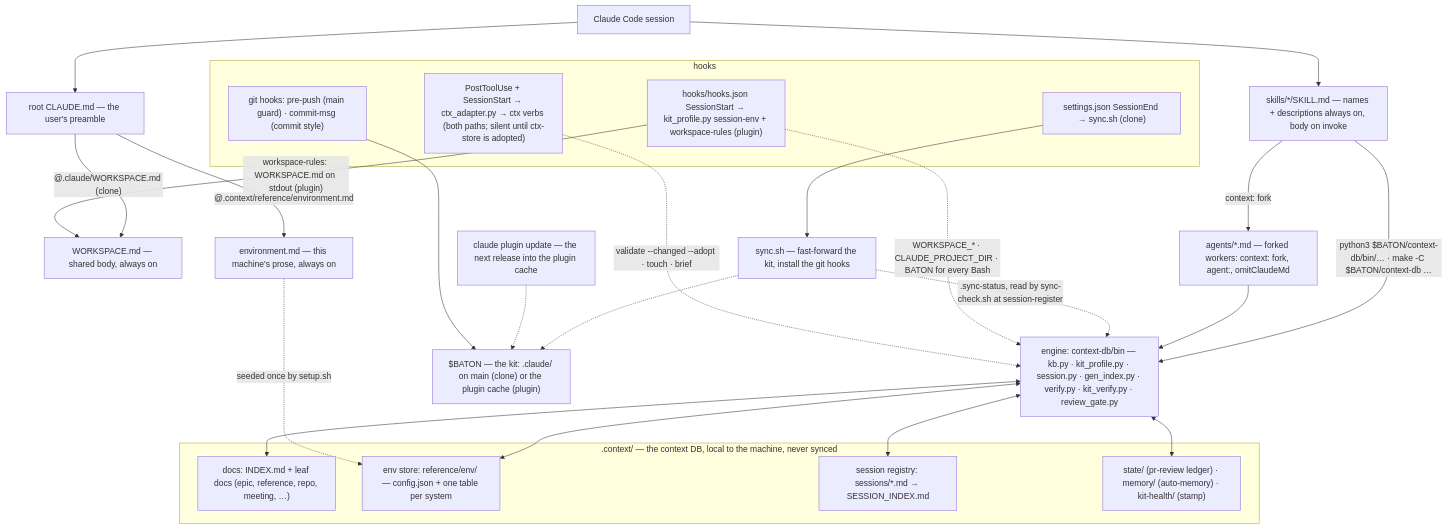
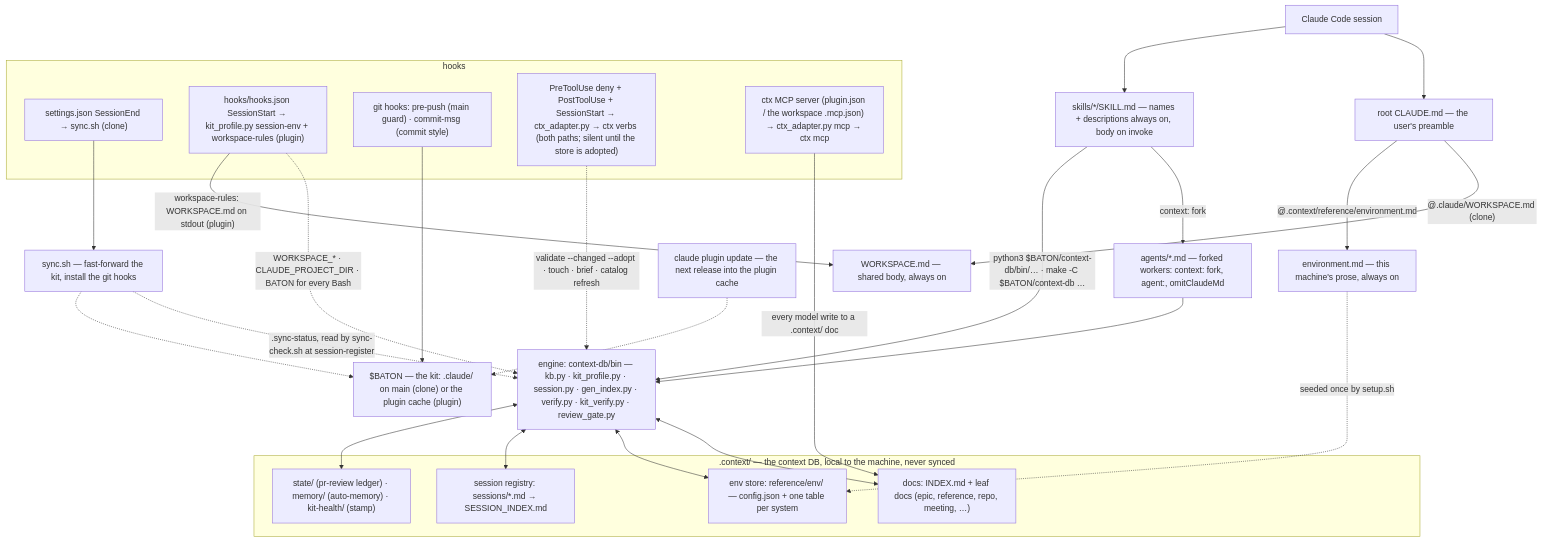
One commit to MdaaaaO/ai-baton changed the diagram in docs/architecture.md. Above: the diagram before and after it, drawn with Mermaid. The commit also changed other lines of this file and 40 other files, not shown here.

````diff
--- a/docs/architecture.md
+++ b/docs/architecture.md
@@ -7,45 +7,47 @@
 ```mermaid
 flowchart TB
   S["Claude Code session"]
   C["root CLAUDE.md — the user's preamble"]
   W["WORKSPACE.md — shared body, always on"]
   E["environment.md — this machine's prose, always on"]
   SK["skills/*/SKILL.md — names + descriptions always on, body on invoke"]
   AG["agents/*.md — forked workers: context: fork, agent:, omitClaudeMd"]
   EN["engine: context-db/bin — kb.py · kit_profile.py · session.py · gen_index.py · verify.py · kit_verify.py · review_gate.py"]
 
   S --> C
   C -->|"@.claude/WORKSPACE.md (clone)"| W
   C -->|"@.context/reference/environment.md"| E
   S --> SK
   SK -->|"context: fork"| AG
   SK -->|"python3 $BATON/context-db/bin/… · make -C $BATON/context-db …"| EN
   AG --> EN
 
   subgraph DB[".context/ — the context DB, local to the machine, never synced"]
     D1["docs: INDEX.md + leaf docs (epic, reference, repo, meeting, …)"]
     D2["env store: reference/env/ — config.json + one table per system"]
     D3["session registry: sessions/*.md → SESSION_INDEX.md"]
     D4["state/ (pr-review ledger) · memory/ (auto-memory) · kit-health/ (stamp)"]
   end
   EN <--> D1
   EN <--> D2
   EN <--> D3
   EN <--> D4
   E -.->|"seeded once by setup.sh"| D2
 
   subgraph HK["hooks"]
     H1["settings.json SessionEnd → sync.sh (clone)"]
     H2["hooks/hooks.json SessionStart → kit_profile.py session-env + workspace-rules (plugin)"]
     H3["git hooks: pre-push (main guard) · commit-msg (commit style)"]
-    H4["PostToolUse + SessionStart → ctx_adapter.py → ctx verbs (both paths; silent until ctx-store is adopted)"]
+    H4["PreToolUse deny + PostToolUse + SessionStart → ctx_adapter.py → ctx verbs (both paths; silent until the store is adopted)"]
+    MC["ctx MCP server (plugin.json / the workspace .mcp.json) → ctx_adapter.py mcp → ctx mcp"]
   end
   H1 --> SY["sync.sh — fast-forward the kit, install the git hooks"]
   SY -.->|".sync-status, read by sync-check.sh at session-register"| EN
   SY -.-> K["$BATON — the kit: .claude/ on main (clone) or the plugin cache (plugin)"]
   H2 -.->|"WORKSPACE_* · CLAUDE_PROJECT_DIR · BATON for every Bash"| EN
   H2 -->|"workspace-rules: WORKSPACE.md on stdout (plugin)"| W
   PU["claude plugin update — the next release into the plugin cache"] -.-> K
   H3 --> K
-  H4 -.->|"validate --changed --adopt · touch · brief"| EN
+  H4 -.->|"validate --changed --adopt · touch · brief · catalog refresh"| EN
+  MC -->|"every model write to a .context/ doc"| D1
 ```
````
